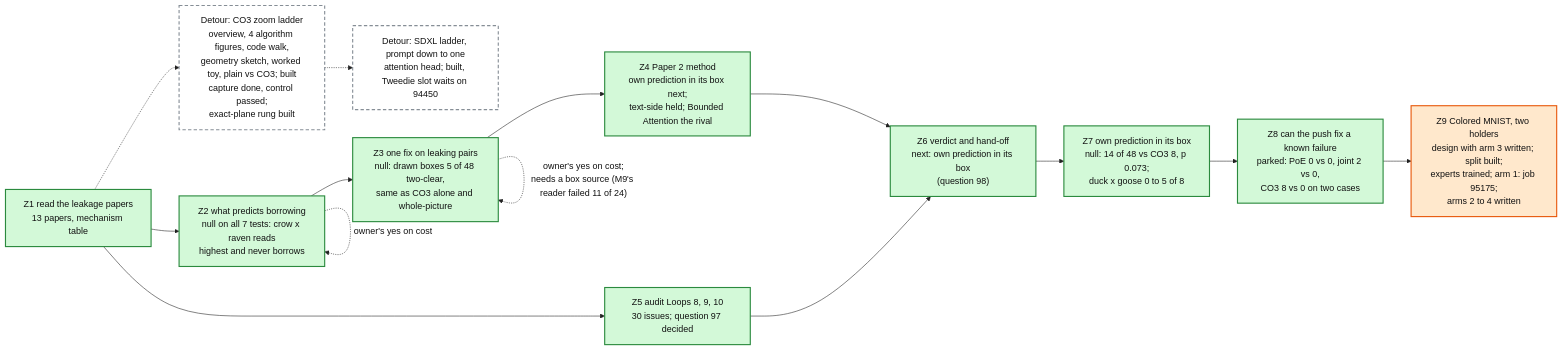
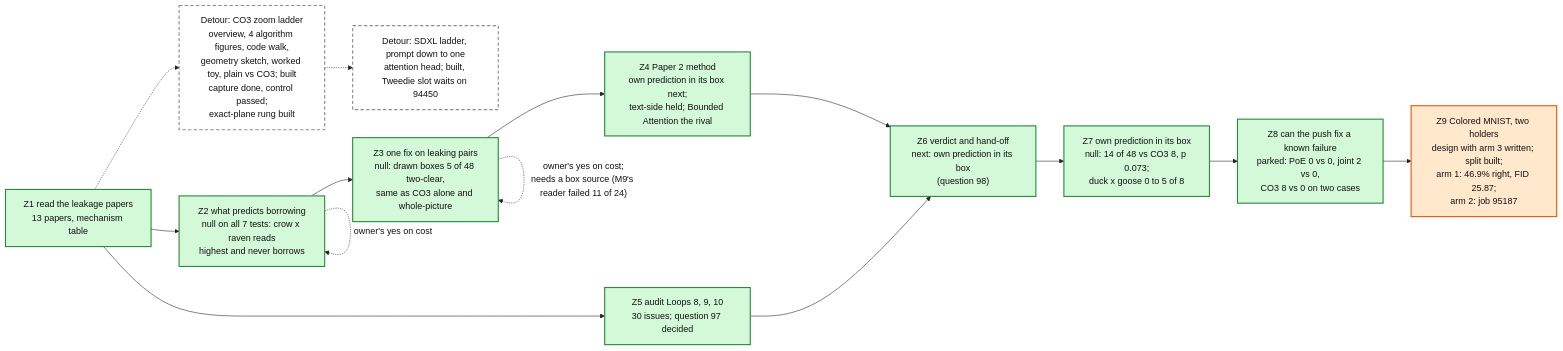
One commit to mo-rsa24/concept-composition changed the diagram in artifacts/notes/progress/leakage/loop-12-progress.mmd. Above: the diagram before and after it, drawn with Mermaid. The commit also changed 1 other file, not shown here.

Commit message:
Loop 12 map: Z9 arm 1 done, arm 2 queued

```diff
--- a/artifacts/notes/progress/leakage/loop-12-progress.mmd
+++ b/artifacts/notes/progress/leakage/loop-12-progress.mmd
@@ -1,26 +1,26 @@
 %%{init: {'theme': 'base', 'themeVariables': {'fontFamily': 'monospace', 'primaryColor': '#ffffff', 'primaryBorderColor': '#222222', 'primaryTextColor': '#111111', 'lineColor': '#222222'}}}%%
 flowchart LR
   Z1["Z1 read the leakage papers<br/>13 papers, mechanism table"]:::done
   Z2["Z2 what predicts borrowing<br/>null on all 7 tests: crow x raven reads<br/>highest and never borrows"]:::done
   Z3["Z3 one fix on leaking pairs<br/>null: drawn boxes 5 of 48 two-clear,<br/>same as CO3 alone and whole-picture"]:::done
   Z4["Z4 Paper 2 method<br/>own prediction in its box next;<br/>text-side held; Bounded Attention the rival"]:::done
   Z5["Z5 audit Loops 8, 9, 10<br/>30 issues; question 97 decided"]:::done
   Z6["Z6 verdict and hand-off<br/>next: own prediction in its box<br/>(question 98)"]:::done
   LAD["Detour: CO3 zoom ladder<br/>overview, 4 algorithm figures, code walk,<br/>geometry sketch, worked toy, plain vs CO3; built<br/>capture done, control passed;<br/>exact-plane rung built"]:::detour
   Z1 -.-> LAD
   SDX["Detour: SDXL ladder, prompt down to one<br/>attention head; built, Tweedie slot waits on 94450"]:::detour
   LAD -.-> SDX
   Z1 --> Z2 --> Z3 --> Z4 --> Z6
   Z1 --> Z5 --> Z6
   Z2 -. "owner's yes on cost" .-> Z2
   Z3 -. "owner's yes on cost;<br/>needs a box source (M9's reader failed 11 of 24)" .-> Z3
   Z7["Z7 own prediction in its box<br/>null: 14 of 48 vs CO3 8, p 0.073;<br/>duck x goose 0 to 5 of 8"]:::done
   Z6 --> Z7
   Z8["Z8 can the push fix a known failure<br/>parked: PoE 0 vs 0, joint 2 vs 0,<br/>CO3 8 vs 0 on two cases"]:::done
   Z7 --> Z8
-  Z9["Z9 Colored MNIST, two holders<br/>design with arm 3 written; split built;<br/>experts trained; arm 1: job 95175;<br/>arms 2 to 4 written"]:::doing
+  Z9["Z9 Colored MNIST, two holders<br/>design with arm 3 written; split built;<br/>arm 1: 46.9% right, FID 25.87;<br/>arm 2: job 95187"]:::doing
   Z8 --> Z9
   classDef done fill:#d3f9d8,stroke:#2b8a3e,stroke-width:2px
   classDef doing fill:#ffe8cc,stroke:#e8590c,stroke-width:2px
   classDef detour fill:#ffffff,stroke:#868e96,stroke-width:2px,stroke-dasharray: 6 4
   classDef todo fill:#f1f3f5,stroke:#868e96,stroke-width:2px
```
